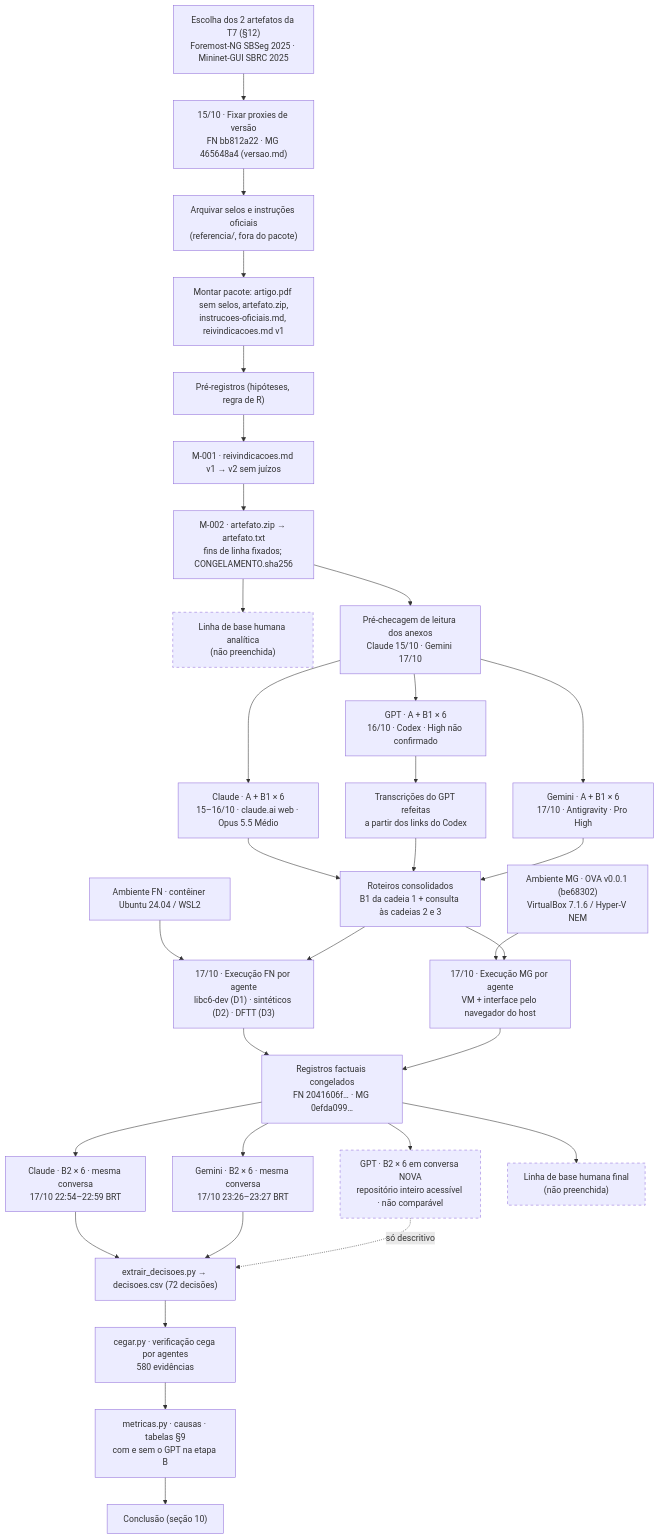
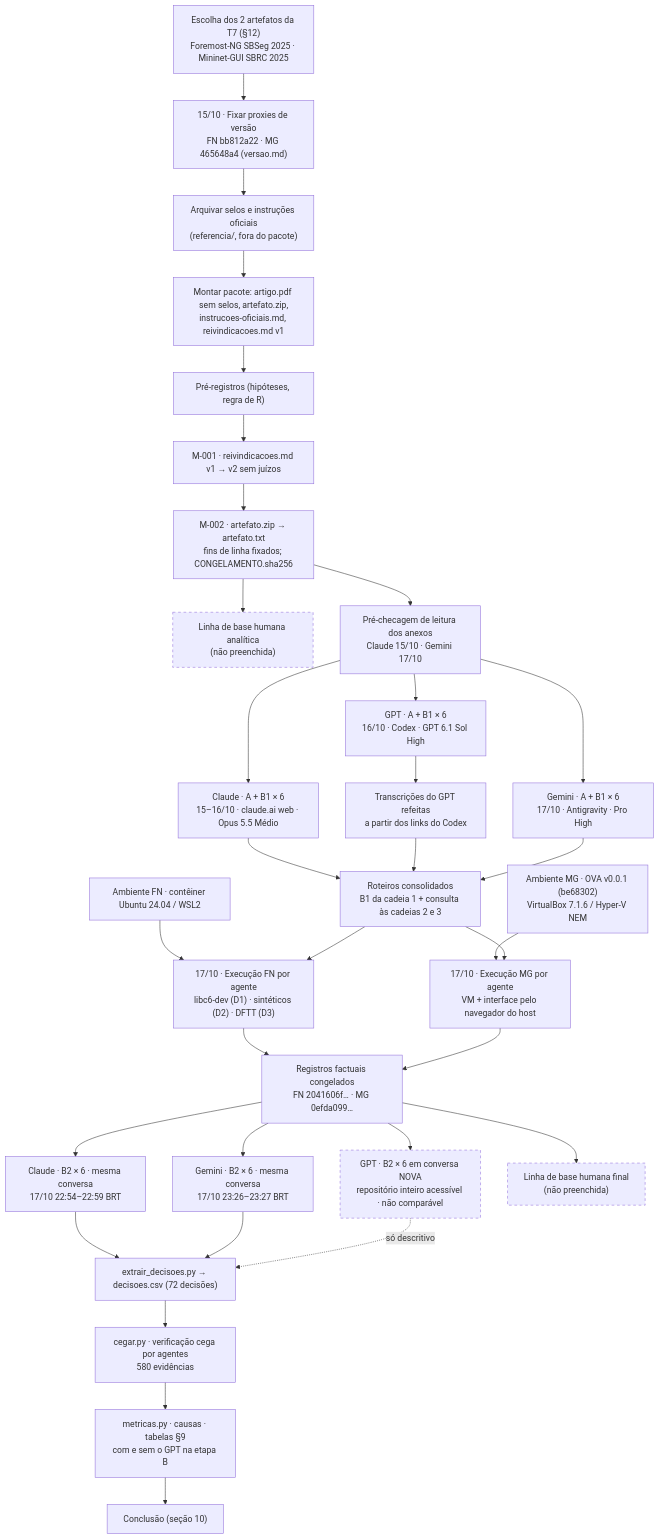
Before and after one commit to R-ZW/t8-leas: the diagram in runs/relatorio/relatorio.md, drawn with Mermaid. The commit also changed other lines of this file and 9 other files, not shown here.

Commit message:
Registra a confirmação do modelo do GPT (GPT 6.1 Sol, High) por Reinaldo

````diff
--- a/runs/relatorio/relatorio.md
+++ b/runs/relatorio/relatorio.md
@@ -162,35 +162,35 @@
 ```mermaid
 flowchart TD
   S0["Escolha dos 2 artefatos da T7 (§12)<br/>Foremost-NG SBSeg 2025 · Mininet-GUI SBRC 2025"] --> S1["15/10 · Fixar proxies de versão<br/>FN bb812a22 · MG 465648a4 (versao.md)"]
   S1 --> S2["Arquivar selos e instruções oficiais<br/>(referencia/, fora do pacote)"]
   S2 --> S3["Montar pacote: artigo.pdf sem selos, artefato.zip,<br/>instrucoes-oficiais.md, reivindicacoes.md v1"]
   S3 --> S4["Pré-registros (hipóteses, regra de R)"]
   S4 --> M1["M-001 · reivindicacoes.md v1 → v2 sem juízos"]
   M1 --> M2["M-002 · artefato.zip → artefato.txt<br/>fins de linha fixados; CONGELAMENTO.sha256"]
   M2 --> H0["Linha de base humana analítica<br/>(não preenchida)"]:::fora
   M2 --> PC["Pré-checagem de leitura dos anexos<br/>Claude 15/10 · Gemini 17/10"]
   PC --> AC["Claude · A + B1 × 6<br/>15–16/10 · claude.ai web · Opus 5.5 Médio"]
-  PC --> AO["GPT · A + B1 × 6<br/>16/10 · Codex · High não confirmado"]
+  PC --> AO["GPT · A + B1 × 6<br/>16/10 · Codex · GPT 6.1 Sol High"]
   PC --> AG["Gemini · A + B1 × 6<br/>17/10 · Antigravity · Pro High"]
   AO --> TX["Transcrições do GPT refeitas<br/>a partir dos links do Codex"]
   AC --> RC["Roteiros consolidados<br/>B1 da cadeia 1 + consulta às cadeias 2 e 3"]
   TX --> RC
   AG --> RC
   EF["Ambiente FN · contêiner Ubuntu 24.04 / WSL2"] --> XF
   EM["Ambiente MG · OVA v0.0.1 (be68302)<br/>VirtualBox 7.1.6 / Hyper-V NEM"] --> XM
   RC --> XF["17/10 · Execução FN por agente<br/>libc6-dev (D1) · sintéticos (D2) · DFTT (D3)"]
   RC --> XM["17/10 · Execução MG por agente<br/>VM + interface pelo navegador do host"]
   XF --> RF["Registros factuais congelados<br/>FN 2041606f… · MG 0efda099…"]
   XM --> RF
   RF --> BC["Claude · B2 × 6 · mesma conversa<br/>17/10 22:54–22:59 BRT"]
   RF --> BG["Gemini · B2 × 6 · mesma conversa<br/>17/10 23:26–23:27 BRT"]
   RF --> BO["GPT · B2 × 6 em conversa NOVA<br/>repositório inteiro acessível · não comparável"]:::fora
   RF --> HF["Linha de base humana final<br/>(não preenchida)"]:::fora
   BC --> EX["extrair_decisoes.py → decisoes.csv (72 decisões)"]
   BG --> EX
   BO -. "só descritivo" .-> EX
   EX --> CG["cegar.py · verificação cega por agentes<br/>580 evidências"]
   CG --> MT["metricas.py · causas · tabelas §9<br/>com e sem o GPT na etapa B"]
   MT --> CC["Conclusão (seção 10)"]
   classDef fora stroke-dasharray: 5 5
 ```
````
